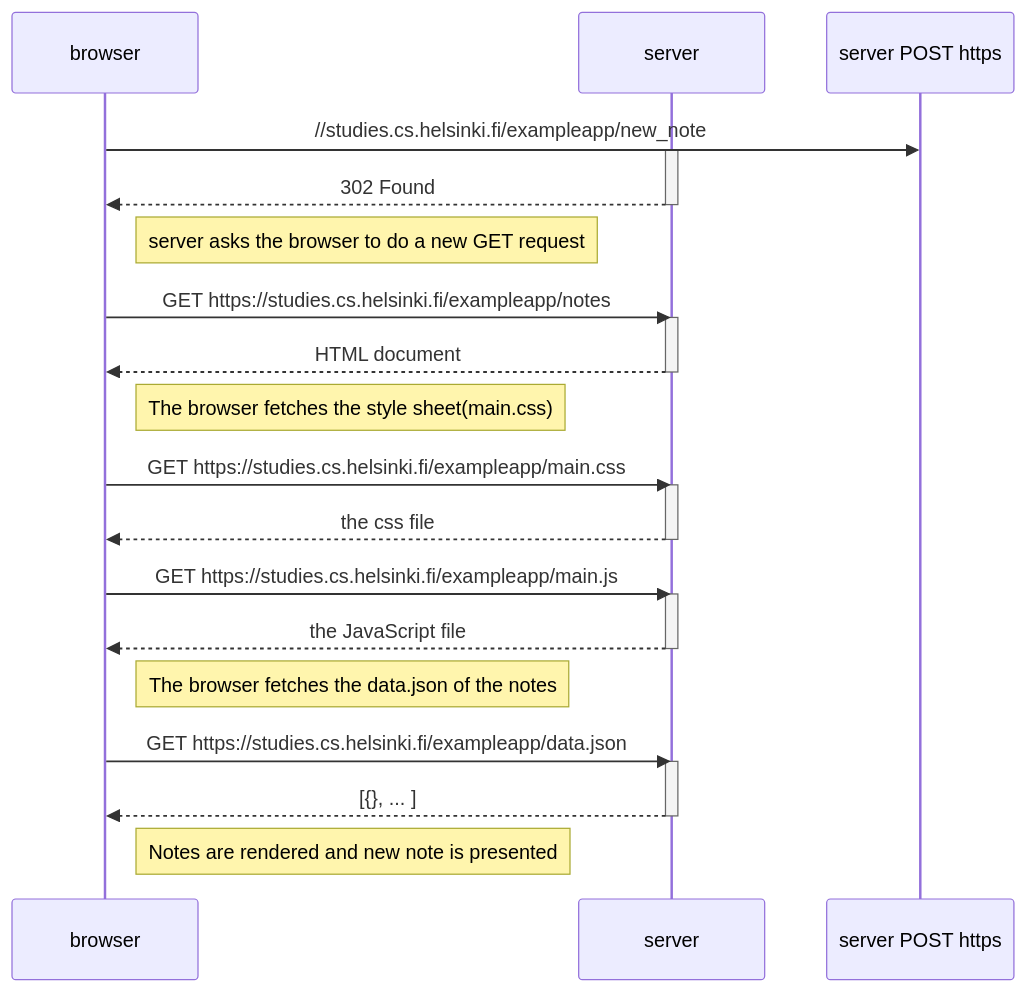
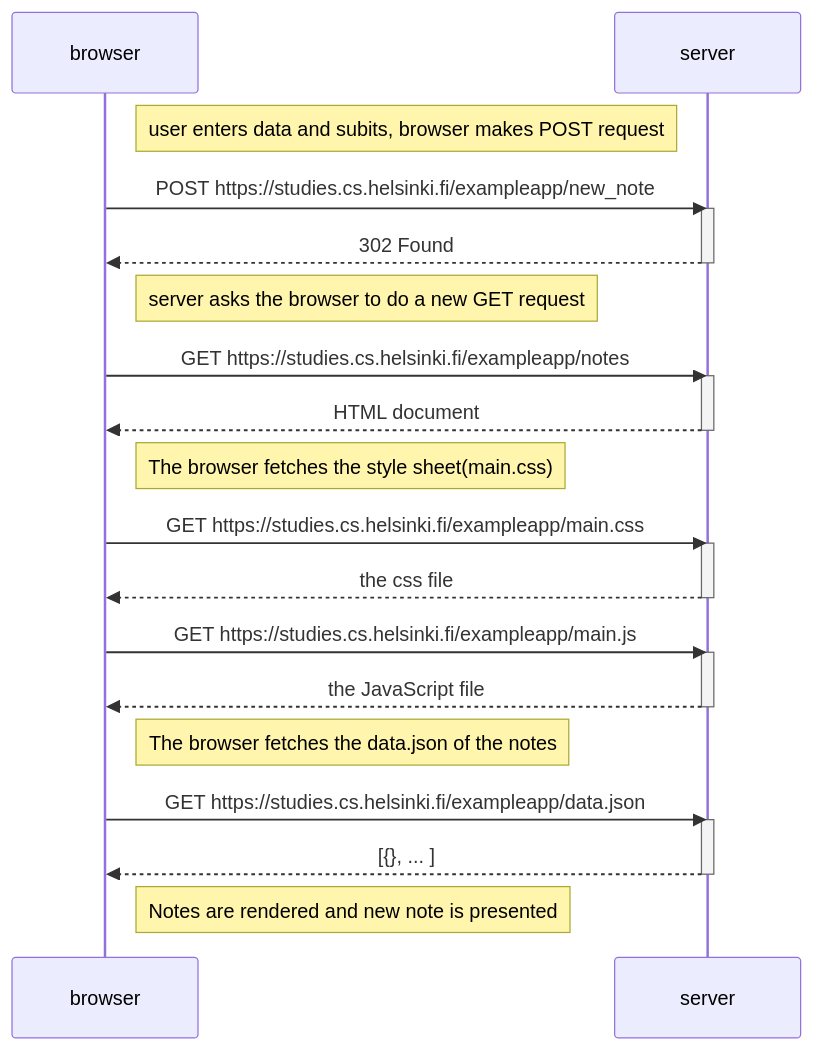
One commit to JohannaJyrkinen/full-stack-open changed the diagram in part0/0.4New note.md. Above: the diagram before and after it, drawn with Mermaid.

Commit message:
Fix diagram 0.4New note

````diff
--- a/part0/0.4New note.md
+++ b/part0/0.4New note.md
@@ -1,38 +1,40 @@
 ```mermaid
 sequenceDiagram
     participant browser
     participant server
 
-    browser->>server POST https://studies.cs.helsinki.fi/exampleapp/new_note
+    Note right of browser: user enters data and subits, browser makes POST request
+
+    browser->>server: POST https://studies.cs.helsinki.fi/exampleapp/new_note
     activate server
     server-->>browser: 302 Found
     deactivate server
 
     Note right of browser: server asks the browser to do a new GET request
 
     browser->>server: GET https://studies.cs.helsinki.fi/exampleapp/notes
     activate server
     server-->>browser: HTML document
     deactivate server
 
     Note right of browser: The browser fetches the style sheet(main.css)
 
     browser->>server: GET https://studies.cs.helsinki.fi/exampleapp/main.css
     activate server
     server-->>browser: the css file
     deactivate server
 
     browser->>server: GET https://studies.cs.helsinki.fi/exampleapp/main.js
     activate server
     server-->>browser: the JavaScript file
     deactivate server
 
     Note right of browser: The browser fetches the data.json of the notes
 
     browser->>server: GET https://studies.cs.helsinki.fi/exampleapp/data.json
     activate server
     server-->>browser: [{}, ... ]
     deactivate server
 
     Note right of browser: Notes are rendered and new note is presented
 ```
````
